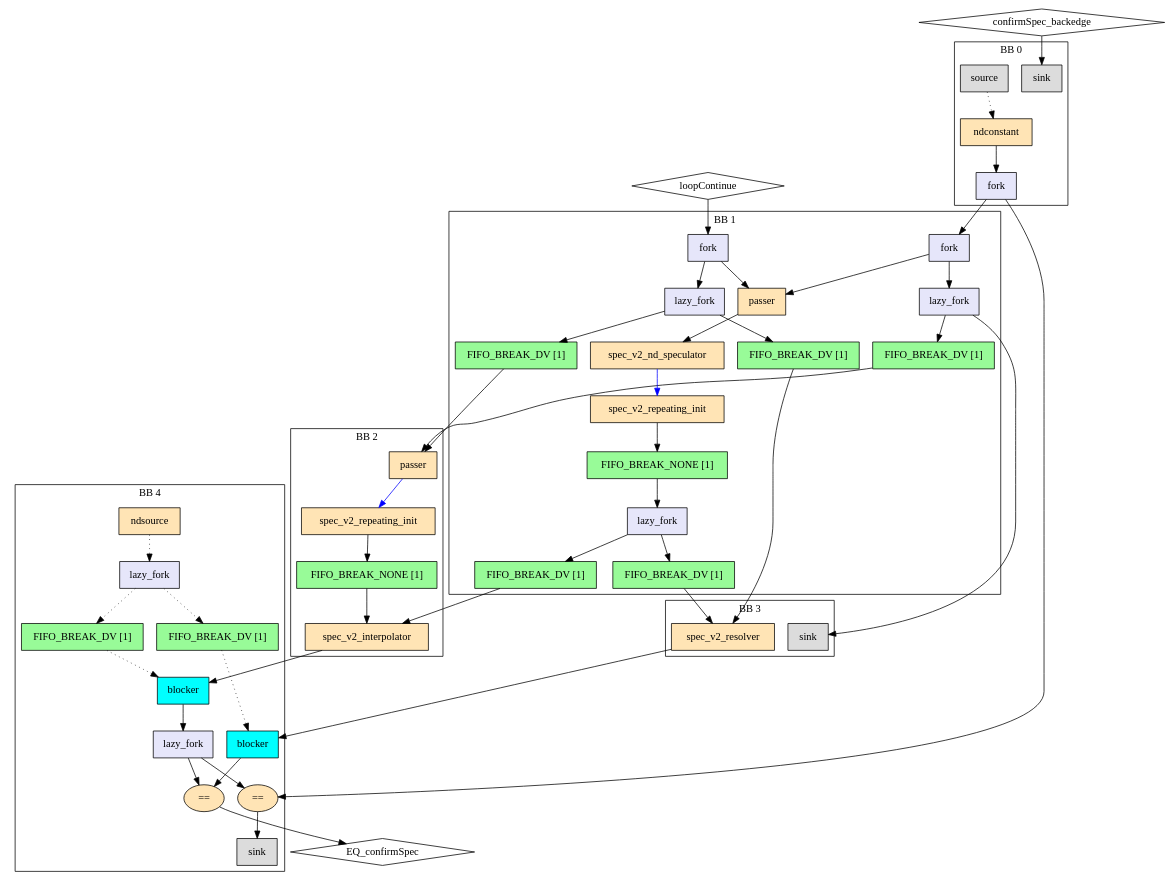
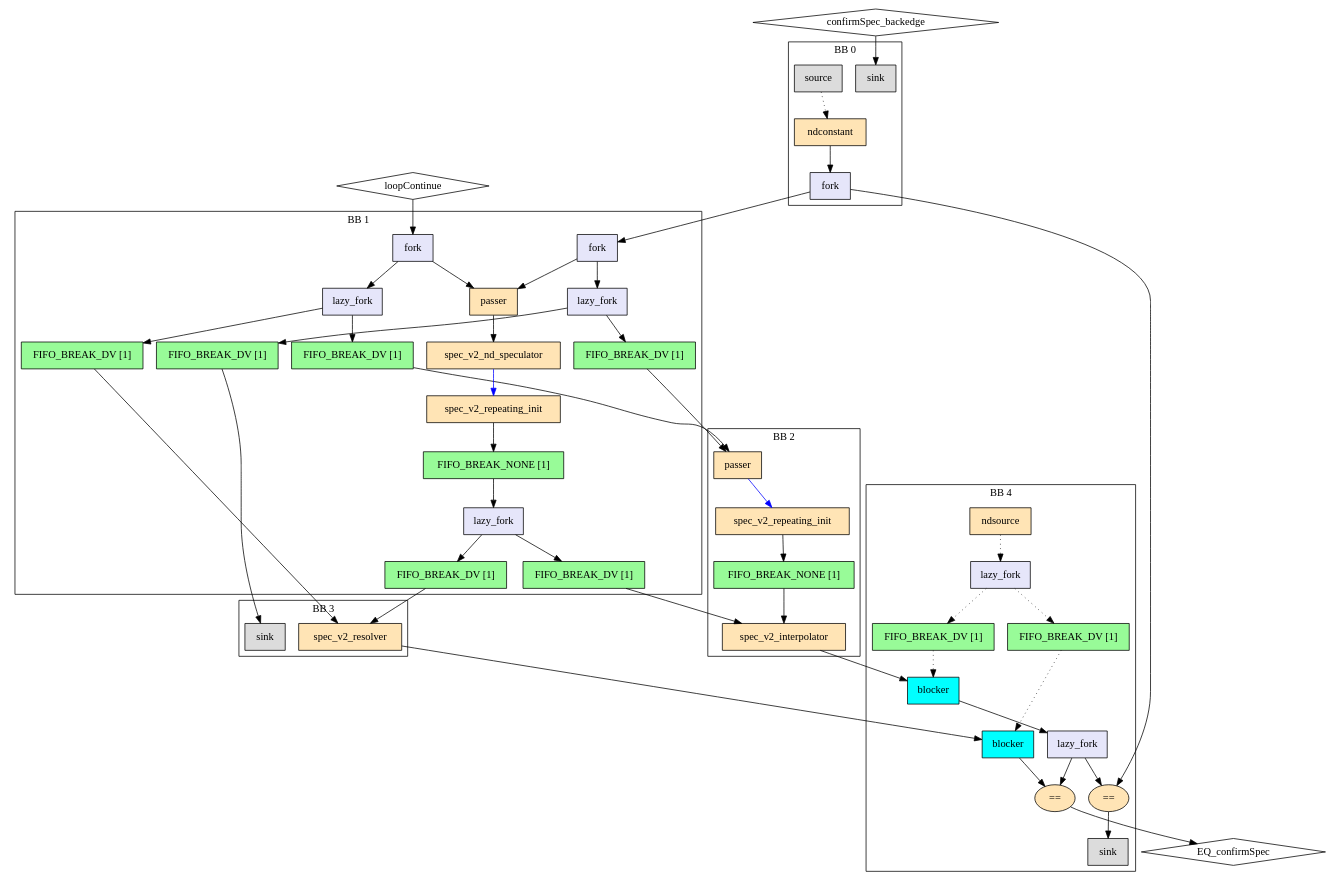
Before and after one commit to EPFL-LAP/dynamatic: the diagram in experimental/tools/elastic-miter/out/introduceResolver/miter/model.dot, drawn with Graphviz. The commit also changed 168 other files, not shown here.

```diff
--- a/experimental/tools/elastic-miter/out/introduceResolver/miter/model.dot
+++ b/experimental/tools/elastic-miter/out/introduceResolver/miter/model.dot
@@ -1,97 +1,99 @@
 Digraph G {
   splines=spline
   compound=true
   "loopContinue" ["style"="solid", "shape"="diamond", "label"="loopContinue", "mlir_op"="handshake.func"]
   "confirmSpec_backedge" ["style"="solid", "shape"="diamond", "label"="confirmSpec_backedge", "mlir_op"="handshake.func"]
   "EQ_confirmSpec" ["style"="solid", "shape"="diamond", "label"="EQ_confirmSpec", "mlir_op"="handshake.func"]
   "loopContinue" -> "ctx_fork" ["dir"="both", "style"="solid", "arrowhead"="normal", "from_idx"="0", "to"="ins", "arrowtail"="none", "from"="loopContinue", "to_idx"="0"]
   "confirmSpec_backedge" -> "backedge_sink_start_confirmSpec" ["dir"="both", "style"="solid", "arrowhead"="normal", "from_idx"="1", "to"="ins", "arrowtail"="none", "from"="confirmSpec_backedge", "to_idx"="0"]
   "backedge_lf_start_confirmSpec" -> "ctx_fork_cs" ["dir"="both", "style"="solid", "arrowhead"="normal", "from_idx"="0", "to"="ins", "arrowtail"="none", "from"="outs_0", "to_idx"="0"]
   "backedge_lf_start_confirmSpec" -> "backedge_eq_confirmSpec" ["dir"="both", "style"="solid", "arrowhead"="normal", "from_idx"="1", "to"="lhs", "arrowtail"="none", "from"="outs_1", "to_idx"="0"]
   "lhs_in_buf_loopContinue" -> "lhs_passer" ["dir"="both", "style"="solid", "arrowhead"="normal", "from_idx"="0", "to"="data", "arrowtail"="none", "from"="outs", "to_idx"="0"]
   "rhs_in_buf_loopContinue" -> "rhs_resolver" ["dir"="both", "style"="solid", "arrowhead"="normal", "from_idx"="0", "to"="actualCondition", "arrowtail"="none", "from"="outs", "to_idx"="0"]
   "lhs_in_buf_specLoopContinue" -> "lhs_interpolate" ["dir"="both", "style"="solid", "arrowhead"="normal", "from_idx"="0", "to"="long", "arrowtail"="none", "from"="outs", "to_idx"="1"]
   "rhs_in_buf_specLoopContinue" -> "rhs_resolver" ["dir"="both", "style"="solid", "arrowhead"="normal", "from_idx"="0", "to"="generatedCondition", "arrowtail"="none", "from"="outs", "to_idx"="1"]
-  "in_fork_confirmSpec_backedge" -> "rhs_vm_sink_2" ["dir"="both", "style"="solid", "arrowhead"="normal", "from_idx"="1", "to"="ins", "arrowtail"="none", "from"="outs_1", "to_idx"="0"]
   "lhs_in_buf_confirmSpec_backedge" -> "lhs_passer" ["dir"="both", "style"="solid", "arrowhead"="normal", "from_idx"="0", "to"="ctrl", "arrowtail"="none", "from"="outs", "to_idx"="1"]
+  "rhs_in_buf_confirmSpec_backedge" -> "rhs_vm_sink_2" ["dir"="both", "style"="solid", "arrowhead"="normal", "from_idx"="0", "to"="ins", "arrowtail"="none", "from"="outs", "to_idx"="0"]
   "out_eq_confirmSpec" -> "EQ_confirmSpec" ["dir"="both", "style"="solid", "arrowhead"="normal", "from_idx"="0", "to"="EQ_confirmSpec", "arrowtail"="none", "from"="result", "to_idx"="0"]
   "lhs_interpolate" -> "lhs_out_bl_confirmSpec" ["dir"="both", "style"="solid", "arrowhead"="normal", "from_idx"="0", "to"="ins", "arrowtail"="none", "from"="result", "to_idx"="0"]
   "rhs_resolver" -> "rhs_out_bl_confirmSpec" ["dir"="both", "style"="solid", "arrowhead"="normal", "from_idx"="0", "to"="ins", "arrowtail"="none", "from"="confirmSpec", "to_idx"="0"]
   subgraph cluster0 {
     graph ["label"="BB 0"]
     "backedge_source_confirmSpec" ["style"="filled", "fillcolor"="gainsboro", "shape"="box", "label"="source", "mlir_op"="handshake.source"]
     "backedge_constant_confirmSpec" ["style"="filled", "fillcolor"="moccasin", "shape"="box", "label"="ndconstant", "mlir_op"="handshake.ndconstant"]
     "backedge_lf_start_confirmSpec" ["style"="filled", "fillcolor"="lavender", "shape"="box", "label"="fork", "mlir_op"="handshake.fork"]
     "backedge_sink_start_confirmSpec" ["style"="filled", "fillcolor"="gainsboro", "shape"="box", "label"="sink", "mlir_op"="handshake.sink"]
     "backedge_source_confirmSpec" -> "backedge_constant_confirmSpec" ["dir"="both", "style"="dotted", "arrowhead"="normal", "from_idx"="0", "to"="ctrl", "arrowtail"="none", "from"="outs", "to_idx"="0"]
     "backedge_constant_confirmSpec" -> "backedge_lf_start_confirmSpec" ["dir"="both", "style"="solid", "arrowhead"="normal", "from_idx"="0", "to"="ins", "arrowtail"="none", "from"="result", "to_idx"="0"]
   }
   subgraph cluster4 {
     graph ["label"="BB 4"]
     "backedge_lf_end_confirmSpec" ["style"="filled", "fillcolor"="lavender", "shape"="box", "label"="lazy_fork", "mlir_op"="handshake.lazy_fork"]
     "backedge_eq_confirmSpec" ["style"="filled", "fillcolor"="moccasin", "shape"="oval", "label"="==", "mlir_op"="handshake.cmpi=="]
     "backedge_sink_end_confirmSpec" ["style"="filled", "fillcolor"="gainsboro", "shape"="box", "label"="sink", "mlir_op"="handshake.sink"]
     "out_nds_confirmSpec" ["style"="filled", "fillcolor"="moccasin", "shape"="box", "label"="ndsource", "mlir_op"="handshake.ndsource"]
     "out_lf_confirmSpec" ["style"="filled", "fillcolor"="lavender", "shape"="box", "label"="lazy_fork", "mlir_op"="handshake.lazy_fork"]
     "out_buf_lhs_nds_confirmSpec" ["style"="filled", "fillcolor"="palegreen", "shape"="box", "label"="FIFO_BREAK_DV [1]", "mlir_op"="handshake.buffer"]
     "out_buf_rhs_nds_confirmSpec" ["style"="filled", "fillcolor"="palegreen", "shape"="box", "label"="FIFO_BREAK_DV [1]", "mlir_op"="handshake.buffer"]
     "lhs_out_bl_confirmSpec" ["style"="filled", "fillcolor"="cyan", "shape"="box", "label"="blocker", "mlir_op"="handshake.blocker"]
     "rhs_out_bl_confirmSpec" ["style"="filled", "fillcolor"="cyan", "shape"="box", "label"="blocker", "mlir_op"="handshake.blocker"]
     "out_eq_confirmSpec" ["style"="filled", "fillcolor"="moccasin", "shape"="oval", "label"="==", "mlir_op"="handshake.cmpi=="]
     "backedge_lf_end_confirmSpec" -> "out_eq_confirmSpec" ["dir"="both", "style"="solid", "arrowhead"="normal", "from_idx"="0", "to"="lhs", "arrowtail"="none", "from"="outs_0", "to_idx"="0"]
     "backedge_lf_end_confirmSpec" -> "backedge_eq_confirmSpec" ["dir"="both", "style"="solid", "arrowhead"="normal", "from_idx"="1", "to"="rhs", "arrowtail"="none", "from"="outs_1", "to_idx"="1"]
     "backedge_eq_confirmSpec" -> "backedge_sink_end_confirmSpec" ["dir"="both", "style"="solid", "arrowhead"="normal", "from_idx"="0", "to"="ins", "arrowtail"="none", "from"="result", "to_idx"="0"]
     "out_nds_confirmSpec" -> "out_lf_confirmSpec" ["dir"="both", "style"="dotted", "arrowhead"="normal", "from_idx"="0", "to"="ins", "arrowtail"="none", "from"="result", "to_idx"="0"]
     "out_lf_confirmSpec" -> "out_buf_lhs_nds_confirmSpec" ["dir"="both", "style"="dotted", "arrowhead"="normal", "from_idx"="0", "to"="ins", "arrowtail"="none", "from"="outs_0", "to_idx"="0"]
     "out_lf_confirmSpec" -> "out_buf_rhs_nds_confirmSpec" ["dir"="both", "style"="dotted", "arrowhead"="normal", "from_idx"="1", "to"="ins", "arrowtail"="none", "from"="outs_1", "to_idx"="0"]
     "out_buf_lhs_nds_confirmSpec" -> "lhs_out_bl_confirmSpec" ["dir"="both", "style"="dotted", "arrowhead"="normal", "from_idx"="0", "to"="ctrl", "arrowtail"="none", "from"="outs", "to_idx"="1"]
     "out_buf_rhs_nds_confirmSpec" -> "rhs_out_bl_confirmSpec" ["dir"="both", "style"="dotted", "arrowhead"="normal", "from_idx"="0", "to"="ctrl", "arrowtail"="none", "from"="outs", "to_idx"="1"]
     "lhs_out_bl_confirmSpec" -> "backedge_lf_end_confirmSpec" ["dir"="both", "style"="solid", "arrowhead"="normal", "from_idx"="0", "to"="ins", "arrowtail"="none", "from"="outs", "to_idx"="0"]
     "rhs_out_bl_confirmSpec" -> "out_eq_confirmSpec" ["dir"="both", "style"="solid", "arrowhead"="normal", "from_idx"="0", "to"="rhs", "arrowtail"="none", "from"="outs", "to_idx"="1"]
   }
   subgraph cluster1 {
     graph ["label"="BB 1"]
     "ctx_fork" ["style"="filled", "fillcolor"="lavender", "shape"="box", "label"="fork", "mlir_op"="handshake.fork"]
     "ctx_fork_cs" ["style"="filled", "fillcolor"="lavender", "shape"="box", "label"="fork", "mlir_op"="handshake.fork"]
     "ctx_passer" ["style"="filled", "fillcolor"="moccasin", "shape"="box", "label"="passer", "mlir_op"="handshake.passer"]
     "ndspec" ["style"="filled", "fillcolor"="moccasin", "shape"="box", "label"="spec_v2_nd_speculator", "mlir_op"="handshake.spec_v2_nd_speculator"]
     "ctx_ri" ["style"="filled", "fillcolor"="moccasin", "shape"="box", "label"="spec_v2_repeating_init", "mlir_op"="handshake.spec_v2_repeating_init"]
     "ctx_buffer" ["style"="filled", "fillcolor"="palegreen", "shape"="box", "label"="FIFO_BREAK_NONE [1]", "mlir_op"="handshake.buffer"]
     "in_fork_loopContinue" ["style"="filled", "fillcolor"="lavender", "shape"="box", "label"="lazy_fork", "mlir_op"="handshake.lazy_fork"]
     "lhs_in_buf_loopContinue" ["style"="filled", "fillcolor"="palegreen", "shape"="box", "label"="FIFO_BREAK_DV [1]", "mlir_op"="handshake.buffer"]
     "rhs_in_buf_loopContinue" ["style"="filled", "fillcolor"="palegreen", "shape"="box", "label"="FIFO_BREAK_DV [1]", "mlir_op"="handshake.buffer"]
     "in_fork_specLoopContinue" ["style"="filled", "fillcolor"="lavender", "shape"="box", "label"="lazy_fork", "mlir_op"="handshake.lazy_fork"]
     "lhs_in_buf_specLoopContinue" ["style"="filled", "fillcolor"="palegreen", "shape"="box", "label"="FIFO_BREAK_DV [1]", "mlir_op"="handshake.buffer"]
     "rhs_in_buf_specLoopContinue" ["style"="filled", "fillcolor"="palegreen", "shape"="box", "label"="FIFO_BREAK_DV [1]", "mlir_op"="handshake.buffer"]
     "in_fork_confirmSpec_backedge" ["style"="filled", "fillcolor"="lavender", "shape"="box", "label"="lazy_fork", "mlir_op"="handshake.lazy_fork"]
     "lhs_in_buf_confirmSpec_backedge" ["style"="filled", "fillcolor"="palegreen", "shape"="box", "label"="FIFO_BREAK_DV [1]", "mlir_op"="handshake.buffer"]
+    "rhs_in_buf_confirmSpec_backedge" ["style"="filled", "fillcolor"="palegreen", "shape"="box", "label"="FIFO_BREAK_DV [1]", "mlir_op"="handshake.buffer"]
     "ctx_fork" -> "ctx_passer" ["dir"="both", "style"="solid", "arrowhead"="normal", "from_idx"="0", "to"="data", "arrowtail"="none", "from"="outs_0", "to_idx"="0"]
     "ctx_fork" -> "in_fork_loopContinue" ["dir"="both", "style"="solid", "arrowhead"="normal", "from_idx"="1", "to"="ins", "arrowtail"="none", "from"="outs_1", "to_idx"="0"]
     "ctx_fork_cs" -> "ctx_passer" ["dir"="both", "style"="solid", "arrowhead"="normal", "from_idx"="0", "to"="ctrl", "arrowtail"="none", "from"="outs_0", "to_idx"="1"]
     "ctx_fork_cs" -> "in_fork_confirmSpec_backedge" ["dir"="both", "style"="solid", "arrowhead"="normal", "from_idx"="1", "to"="ins", "arrowtail"="none", "from"="outs_1", "to_idx"="0"]
     "ctx_passer" -> "ndspec" ["dir"="both", "style"="solid", "arrowhead"="normal", "from_idx"="0", "to"="ins", "arrowtail"="none", "from"="result", "to_idx"="0"]
     "ndspec" -> "ctx_ri" ["dir"="both", "style"="solid", "arrowhead"="normal", "from_idx"="0", "color"="blue", "to"="ins", "arrowtail"="none", "from"="outs", "to_idx"="0"]
     "ctx_ri" -> "ctx_buffer" ["dir"="both", "style"="solid", "arrowhead"="normal", "from_idx"="0", "to"="ins", "arrowtail"="none", "from"="outs", "to_idx"="0"]
     "ctx_buffer" -> "in_fork_specLoopContinue" ["dir"="both", "style"="solid", "arrowhead"="normal", "from_idx"="0", "to"="ins", "arrowtail"="none", "from"="outs", "to_idx"="0"]
     "in_fork_loopContinue" -> "lhs_in_buf_loopContinue" ["dir"="both", "style"="solid", "arrowhead"="normal", "from_idx"="0", "to"="ins", "arrowtail"="none", "from"="outs_0", "to_idx"="0"]
     "in_fork_loopContinue" -> "rhs_in_buf_loopContinue" ["dir"="both", "style"="solid", "arrowhead"="normal", "from_idx"="1", "to"="ins", "arrowtail"="none", "from"="outs_1", "to_idx"="0"]
     "in_fork_specLoopContinue" -> "lhs_in_buf_specLoopContinue" ["dir"="both", "style"="solid", "arrowhead"="normal", "from_idx"="0", "to"="ins", "arrowtail"="none", "from"="outs_0", "to_idx"="0"]
     "in_fork_specLoopContinue" -> "rhs_in_buf_specLoopContinue" ["dir"="both", "style"="solid", "arrowhead"="normal", "from_idx"="1", "to"="ins", "arrowtail"="none", "from"="outs_1", "to_idx"="0"]
     "in_fork_confirmSpec_backedge" -> "lhs_in_buf_confirmSpec_backedge" ["dir"="both", "style"="solid", "arrowhead"="normal", "from_idx"="0", "to"="ins", "arrowtail"="none", "from"="outs_0", "to_idx"="0"]
+    "in_fork_confirmSpec_backedge" -> "rhs_in_buf_confirmSpec_backedge" ["dir"="both", "style"="solid", "arrowhead"="normal", "from_idx"="1", "to"="ins", "arrowtail"="none", "from"="outs_1", "to_idx"="0"]
   }
   subgraph cluster2 {
     graph ["label"="BB 2"]
     "lhs_passer" ["style"="filled", "fillcolor"="moccasin", "shape"="box", "label"="passer", "mlir_op"="handshake.passer"]
     "lhs_ri" ["style"="filled", "fillcolor"="moccasin", "shape"="box", "label"="spec_v2_repeating_init", "mlir_op"="handshake.spec_v2_repeating_init"]
     "lhs_buffer" ["style"="filled", "fillcolor"="palegreen", "shape"="box", "label"="FIFO_BREAK_NONE [1]", "mlir_op"="handshake.buffer"]
     "lhs_interpolate" ["style"="filled", "fillcolor"="moccasin", "shape"="box", "label"="spec_v2_interpolator", "mlir_op"="handshake.spec_v2_interpolator"]
     "lhs_passer" -> "lhs_ri" ["dir"="both", "style"="solid", "arrowhead"="normal", "from_idx"="0", "color"="blue", "to"="ins", "arrowtail"="none", "from"="result", "to_idx"="0"]
     "lhs_ri" -> "lhs_buffer" ["dir"="both", "style"="solid", "arrowhead"="normal", "from_idx"="0", "to"="ins", "arrowtail"="none", "from"="outs", "to_idx"="0"]
     "lhs_buffer" -> "lhs_interpolate" ["dir"="both", "style"="solid", "arrowhead"="normal", "from_idx"="0", "to"="short", "arrowtail"="none", "from"="outs", "to_idx"="0"]
   }
   subgraph cluster3 {
     graph ["label"="BB 3"]
     "rhs_vm_sink_2" ["style"="filled", "fillcolor"="gainsboro", "shape"="box", "label"="sink", "mlir_op"="handshake.sink"]
     "rhs_resolver" ["style"="filled", "fillcolor"="moccasin", "shape"="box", "label"="spec_v2_resolver", "mlir_op"="handshake.spec_v2_resolver"]
   }
 }
```
